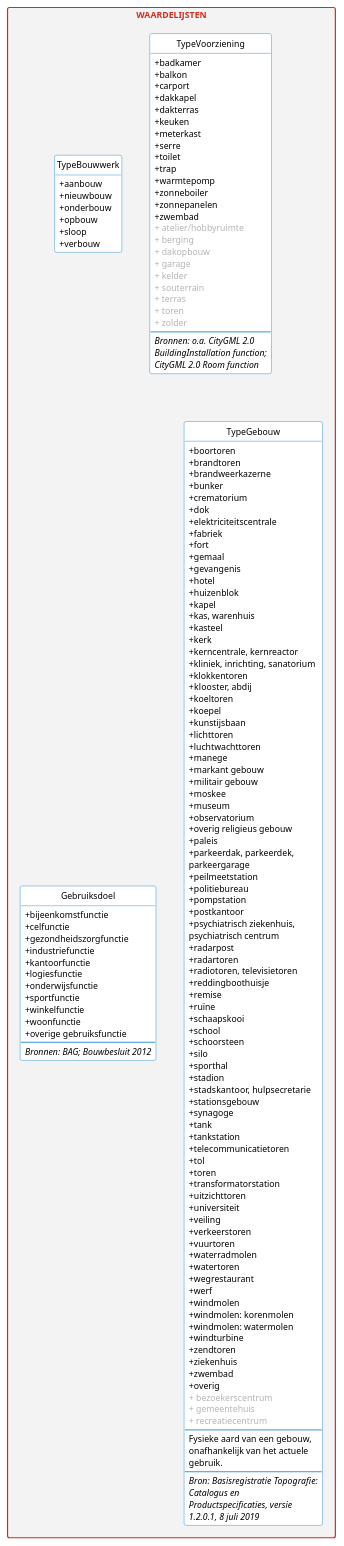
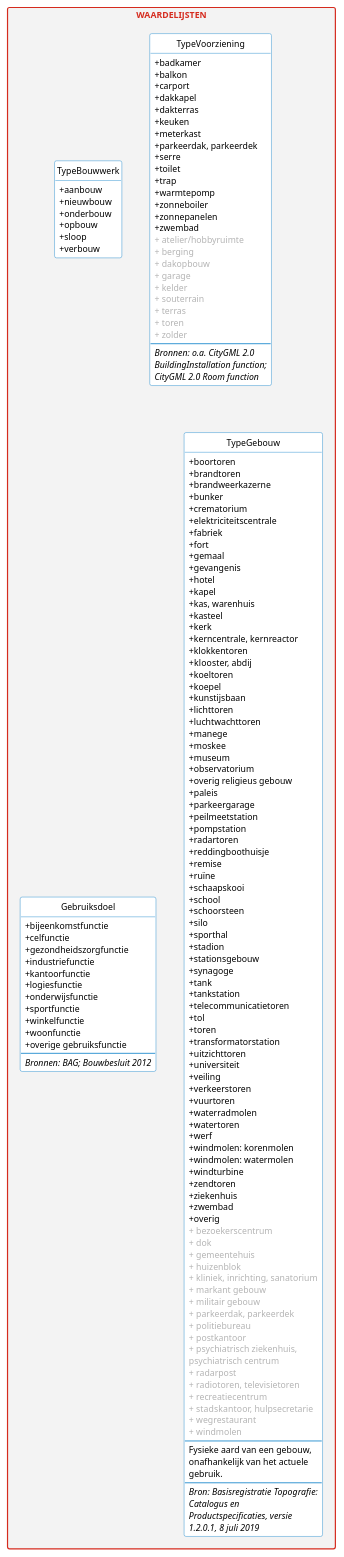
The diagram in model/waardelijsten.puml (geobasisregistraties/werkgroep-bouwwerken), drawn with PlantUML before and after one commit.

```diff
--- a/model/waardelijsten.puml
+++ b/model/waardelijsten.puml
@@ -121,6 +121,7 @@
         + dakterras
         + keuken
         + meterkast
+        + parkeerdak, parkeerdek
         + serre
         + toilet
         + trap
@@ -195,20 +196,17 @@
         + brandweerkazerne
         + bunker
         + crematorium
-        + dok
         + elektriciteitscentrale
         + fabriek
         + fort
         + gemaal
         + gevangenis
         + hotel
-        + huizenblok
         + kapel
         + kas, warenhuis
         + kasteel
         + kerk
         + kerncentrale, kernreactor
-        + kliniek, inrichting, sanatorium
         + klokkentoren
         + klooster, abdij
         + koeltoren
@@ -217,22 +215,15 @@
         + lichttoren
         + luchtwachttoren
         + manege
-        + markant gebouw
-        + militair gebouw
         + moskee
         + museum
         + observatorium
         + overig religieus gebouw
         + paleis
-        + parkeerdak, parkeerdek, parkeergarage
+        + parkeergarage
         + peilmeetstation
-        + politiebureau
         + pompstation
-        + postkantoor
-        + psychiatrisch ziekenhuis, psychiatrisch centrum
-        + radarpost
         + radartoren
-        + radiotoren, televisietoren
         + reddingboothuisje
         + remise
         + ruïne
@@ -242,7 +233,6 @@
         + silo
         + sporthal
         + stadion
-        + stadskantoor, hulpsecretarie
         + stationsgebouw
         + synagoge
         + tank
@@ -258,9 +248,7 @@
         + vuurtoren
         + waterradmolen
         + watertoren
-        + wegrestaurant
         + werf
-        + windmolen
         + windmolen: korenmolen
         + windmolen: watermolen
         + windturbine
@@ -269,8 +257,22 @@
         + zwembad
         + overig
         <color:#b4b4b4>+ bezoekerscentrum</color>
+        <color:#b4b4b4>+ dok</color>
         <color:#b4b4b4>+ gemeentehuis</color>
+        <color:#b4b4b4>+ huizenblok</color>
+        <color:#b4b4b4>+ kliniek, inrichting, sanatorium</color>
+        <color:#b4b4b4>+ markant gebouw</color>
+        <color:#b4b4b4>+ militair gebouw</color>
+        <color:#b4b4b4>+ parkeerdak, parkeerdek</color>
+        <color:#b4b4b4>+ politiebureau</color>
+        <color:#b4b4b4>+ postkantoor</color>
+        <color:#b4b4b4>+ psychiatrisch ziekenhuis, psychiatrisch centrum</color>
+        <color:#b4b4b4>+ radarpost</color>
+        <color:#b4b4b4>+ radiotoren, televisietoren</color>
         <color:#b4b4b4>+ recreatiecentrum</color>
+        <color:#b4b4b4>+ stadskantoor, hulpsecretarie</color>
+        <color:#b4b4b4>+ wegrestaurant</color>
+        <color:#b4b4b4>+ windmolen</color>
         --
         Fysieke aard van een gebouw, onafhankelijk van het actuele gebruik.
         --
```
